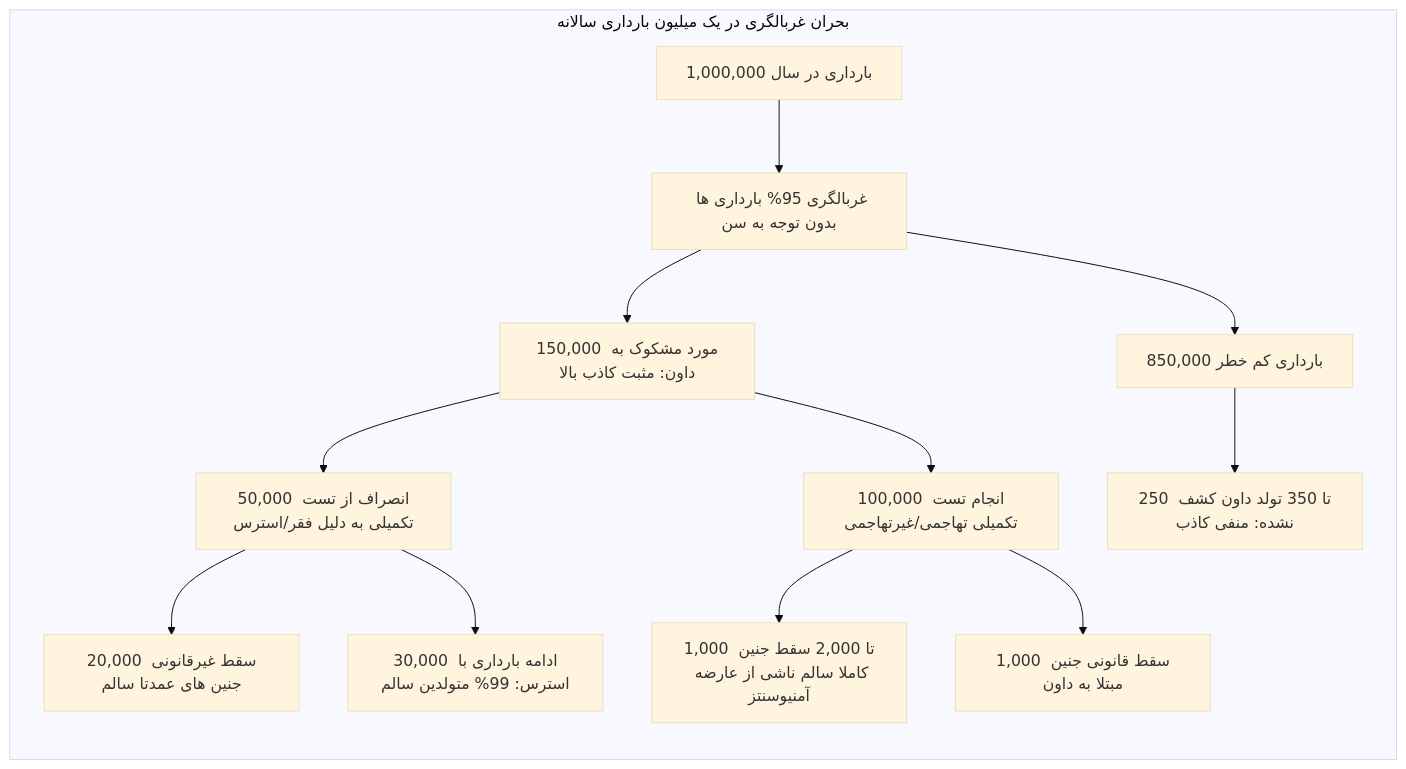
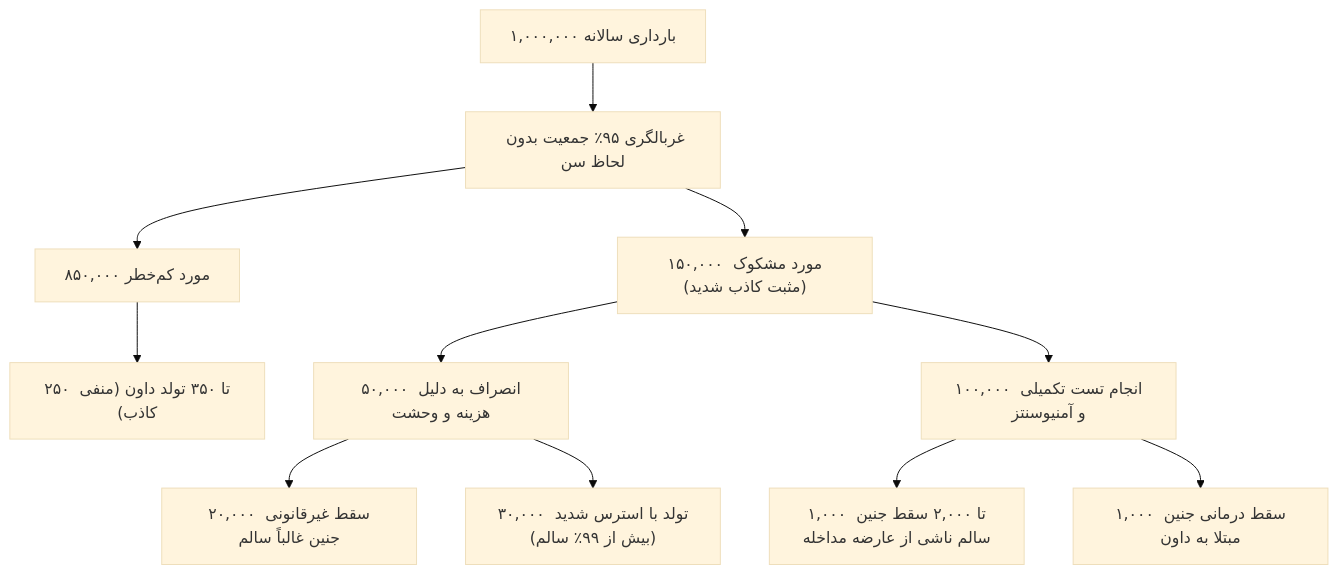
One commit to neopulse-hub/-TUMS-1402-2-material-notes- changed the fifth of 9 diagrams in 05/بهداشت خانواده/خلاصه/01-05.md. Above: the diagram before and after it, drawn with Mermaid (base theme). The commit also changed other lines of this file, not shown here.

````diff
--- a/05/بهداشت خانواده/خلاصه/01-05.md
+++ b/05/بهداشت خانواده/خلاصه/01-05.md
@@ -244,18 +267,16 @@
 ```mermaid
-flowchart RL
-    subgraph بحران غربالگری در یک میلیون بارداری سالانه
-        Pop[1,000,000 بارداری در سال] --> Screen[غربالگری 95% بارداری ها بدون توجه به سن]
-        Screen --> LowRisk[850,000 بارداری کم خطر]
-        Screen --> HighRisk[150,000 مورد مشکوک به داون: مثبت کاذب بالا]
-        
-        HighRisk --> DropOut[50,000 انصراف از تست تکمیلی به دلیل فقر/استرس]
-        DropOut --> AbortUnsafe[20,000 سقط غیرقانونی جنین های عمدتا سالم]
-        DropOut --> LiveSafe[30,000 ادامه بارداری با استرس: 99% متولدین سالم]
-        
-        HighRisk --> Invasive[100,000 انجام تست تکمیلی تهاجمی/غیرتهاجمی]
-        Invasive --> IatrogenicLoss[1,000 تا 2,000 سقط جنین کاملا سالم ناشی از عارضه آمنیوسنتز]
-        Invasive --> AbortLegal[1,000 سقط قانونی جنین مبتلا به داون]
-        
-        LowRisk --> Missed[250 تا 350 تولد داون کشف نشده: منفی کاذب]
-    end
+flowchart TD
+    Pop["۱,۰۰۰,۰۰۰ بارداری سالانه"] --> Screen["غربالگری ۹۵٪ جمعیت بدون لحاظ سن"]
+    Screen --> LowRisk["۸۵۰,۰۰۰ مورد کم‌خطر"]
+    Screen --> HighRisk["۱۵۰,۰۰۰ مورد مشکوک (مثبت کاذب شدید)"]
+    
+    LowRisk --> Missed["۲۵۰ تا ۳۵۰ تولد داون (منفی کاذب)"]
+    
+    HighRisk --> Drop["۵۰,۰۰۰ انصراف به دلیل هزینه و وحشت"]
+    Drop --> AbortUnsafe["۲۰,۰۰۰ سقط غیرقانونی جنین غالباً سالم"]
+    Drop --> NormalBirth["۳۰,۰۰۰ تولد با استرس شدید (بیش از ۹۹٪ سالم)"]
+    
+    HighRisk --> Invasive["۱۰۰,۰۰۰ انجام تست تکمیلی و آمنیوسنتز"]
+    Invasive --> Iatrogenic["۱,۰۰۰ تا ۲,۰۰۰ سقط جنین سالم ناشی از عارضه مداخله"]
+    Invasive --> LegalAbort["۱,۰۰۰ سقط درمانی جنین مبتلا به داون"]
 ```
````
